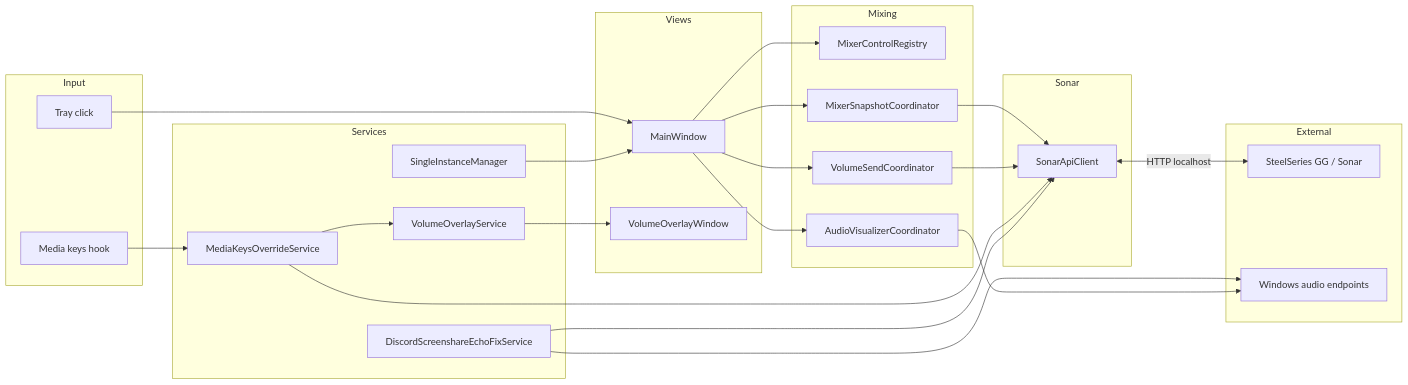
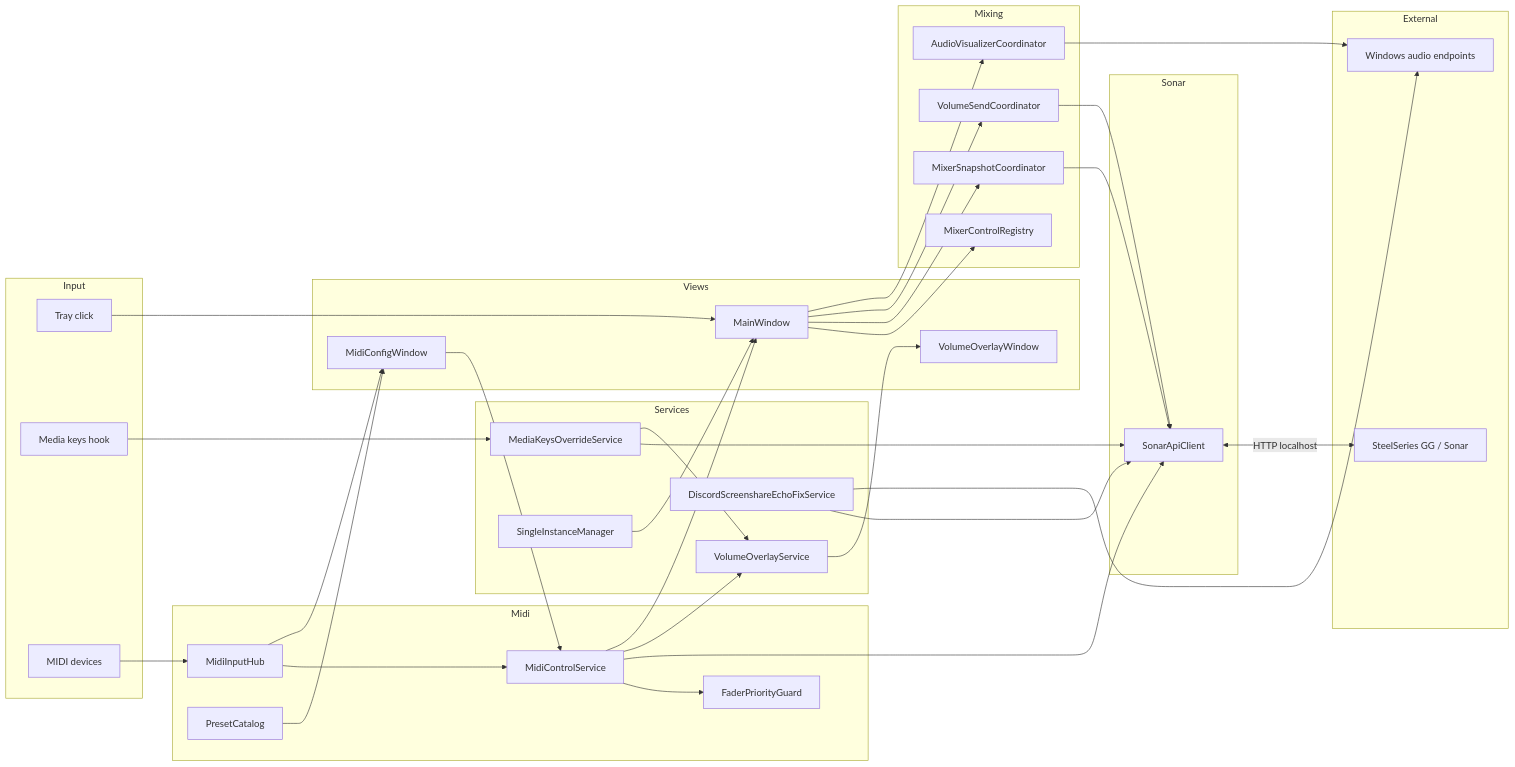
Before and after one commit to Lixetron/steelseries-sonar-tray: the first of 2 diagrams in docs/architecture.md, drawn with Mermaid. The commit also changed other lines of this file and 53 other files, not shown here.

First line of the commit message:
feat: add MIDI Setup with presets, staged bindings, and LED feedback

````diff
--- a/docs/architecture.md
+++ b/docs/architecture.md
@@ -9,52 +9,70 @@
 ```mermaid
 flowchart LR
   subgraph Input
     Tray[Tray click]
     Keys[Media keys hook]
+    MidiDev[MIDI devices]
   end
 
   subgraph Views
     MW[MainWindow]
     VO[VolumeOverlayWindow]
+    MIDIUI[MidiConfigWindow]
   end
 
   subgraph Mixing
     REG[MixerControlRegistry]
     SYNC[MixerSnapshotCoordinator]
     VOL[VolumeSendCoordinator]
     VIS[AudioVisualizerCoordinator]
   end
 
   subgraph Services
     MKO[MediaKeysOverrideService]
     VOS[VolumeOverlayService]
     DEF[DiscordScreenshareEchoFixService]
     SI[SingleInstanceManager]
+  end
+
+  subgraph MidiLayer [Midi]
+    Hub[MidiInputHub]
+    MCS[MidiControlService]
+    Guard[FaderPriorityGuard]
+    Presets[PresetCatalog]
   end
 
   subgraph Sonar
     API[SonarApiClient]
   end
 
   subgraph External
     GG[SteelSeries GG / Sonar]
     WASAPI[Windows audio endpoints]
   end
 
   Tray --> MW
   MW --> REG
   MW --> SYNC
   MW --> VOL
   MW --> VIS
   SYNC --> API
   VOL --> API
   Keys --> MKO
   MKO --> API
   MKO --> VOS
+  MidiDev --> Hub
+  Hub --> MCS
+  MCS --> Guard
+  MCS --> API
+  MCS --> VOS
+  MCS --> MW
+  Presets --> MIDIUI
+  Hub --> MIDIUI
+  MIDIUI --> MCS
   VOS --> VO
   DEF --> API
   DEF --> WASAPI
   SI --> MW
   API <-->|HTTP localhost| GG
   VIS --> WASAPI
 ```
````
